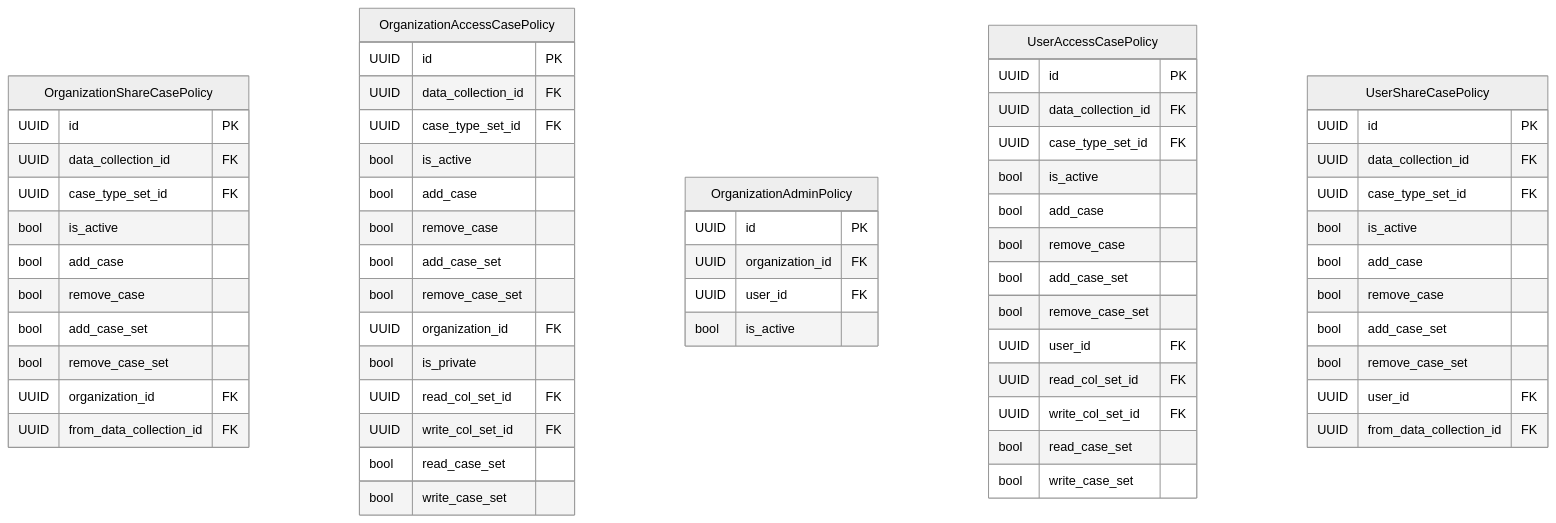
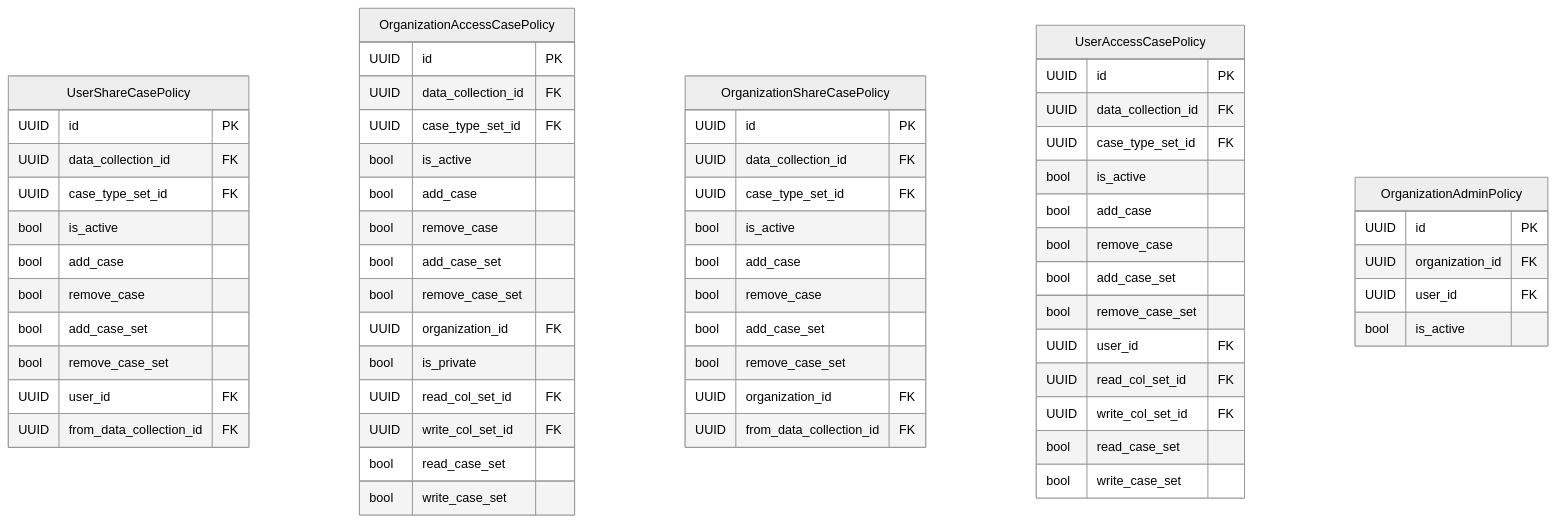
Before and after one commit to RIVM-bioinformatics/gen-epix-api: the diagram in docs/erm/casedb.abac.detailed.md, drawn with Mermaid (neutral theme). The commit also changed other lines of this file and 58 other files, not shown here.

````diff
--- a/docs/erm/casedb.abac.detailed.md
+++ b/docs/erm/casedb.abac.detailed.md
@@ -5,72 +5,72 @@
 ```mermaid
 erDiagram
     %% casedb / ABAC (detailed)
 
     %% Entity definitions
-    OrganizationShareCasePolicy {
+    UserShareCasePolicy {
         UUID id PK
         UUID data_collection_id FK
         UUID case_type_set_id FK
         bool is_active
         bool add_case
         bool remove_case
         bool add_case_set
         bool remove_case_set
-        UUID organization_id FK
+        UUID user_id FK
         UUID from_data_collection_id FK
     }
 
     OrganizationAccessCasePolicy {
         UUID id PK
         UUID data_collection_id FK
         UUID case_type_set_id FK
         bool is_active
         bool add_case
         bool remove_case
         bool add_case_set
         bool remove_case_set
         UUID organization_id FK
         bool is_private
         UUID read_col_set_id FK
         UUID write_col_set_id FK
         bool read_case_set
         bool write_case_set
     }
 
-    OrganizationAdminPolicy {
+    OrganizationShareCasePolicy {
         UUID id PK
+        UUID data_collection_id FK
+        UUID case_type_set_id FK
+        bool is_active
+        bool add_case
+        bool remove_case
+        bool add_case_set
+        bool remove_case_set
         UUID organization_id FK
-        UUID user_id FK
-        bool is_active
+        UUID from_data_collection_id FK
     }
 
     UserAccessCasePolicy {
         UUID id PK
         UUID data_collection_id FK
         UUID case_type_set_id FK
         bool is_active
         bool add_case
         bool remove_case
         bool add_case_set
         bool remove_case_set
         UUID user_id FK
         UUID read_col_set_id FK
         UUID write_col_set_id FK
         bool read_case_set
         bool write_case_set
     }
 
-    UserShareCasePolicy {
+    OrganizationAdminPolicy {
         UUID id PK
-        UUID data_collection_id FK
-        UUID case_type_set_id FK
+        UUID organization_id FK
+        UUID user_id FK
         bool is_active
-        bool add_case
-        bool remove_case
-        bool add_case_set
-        bool remove_case_set
-        UUID user_id FK
-        UUID from_data_collection_id FK
     }
 
 ```
````
